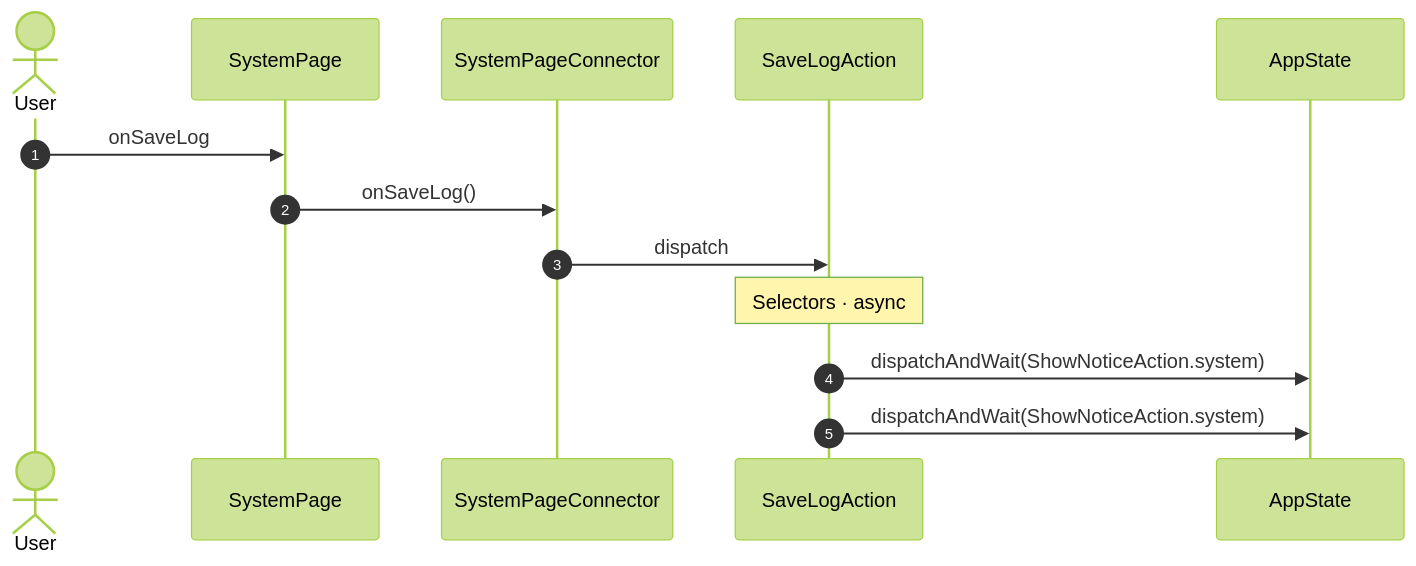
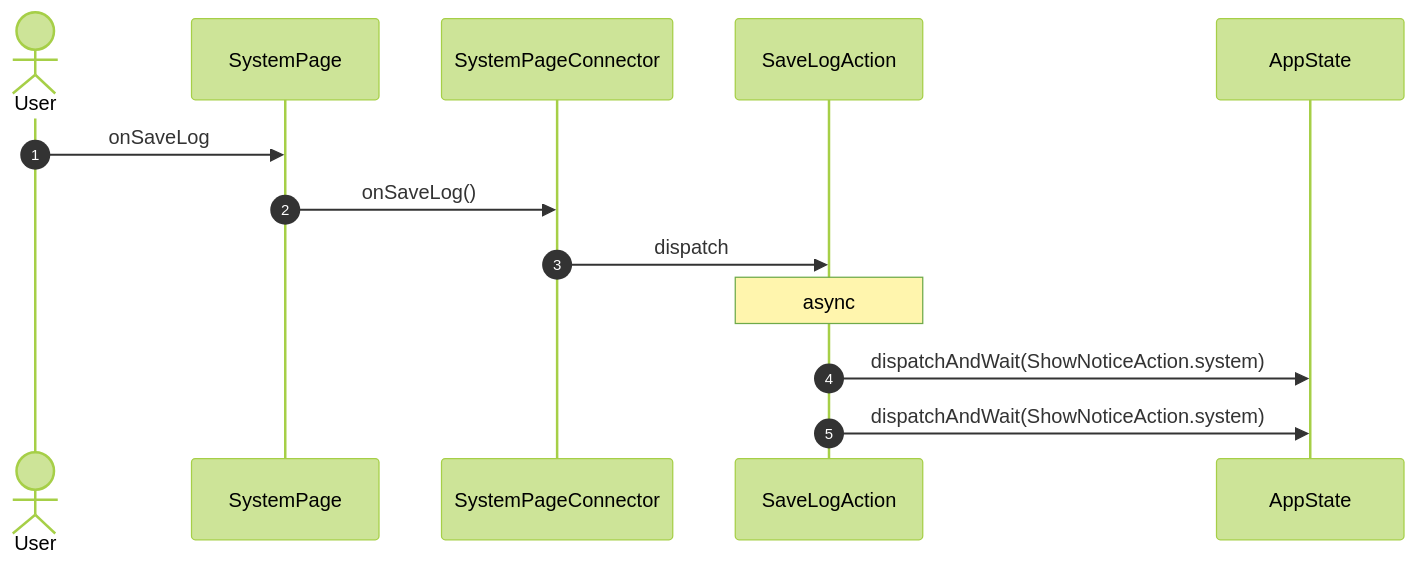
Diagram 21 of 26 in studio/docs/flows/system.md (gencto/wyrm), drawn with Mermaid (forest theme) before and after one commit. The commit also changed 39 other files, not shown here.

````diff
--- a/studio/docs/flows/system.md
+++ b/studio/docs/flows/system.md
@@ -361,16 +361,16 @@
 ```mermaid
 sequenceDiagram
     autonumber
     actor User
     participant UI as SystemPage
     participant VM as SystemPageConnector
     participant A1 as SaveLogAction
     participant ST as AppState
 
     User->>UI: onSaveLog
     UI->>VM: onSaveLog()
     VM->>A1: dispatch
-    Note over A1: Selectors · async
+    Note over A1: async
     A1->>ST: dispatchAndWait(ShowNoticeAction.system)
     A1->>ST: dispatchAndWait(ShowNoticeAction.system)
 ```
````
